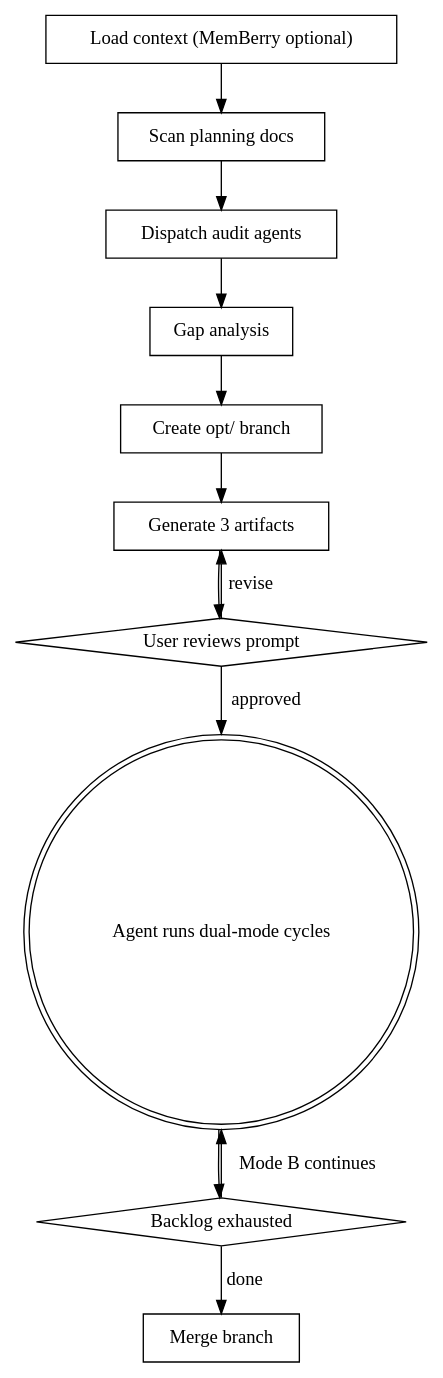
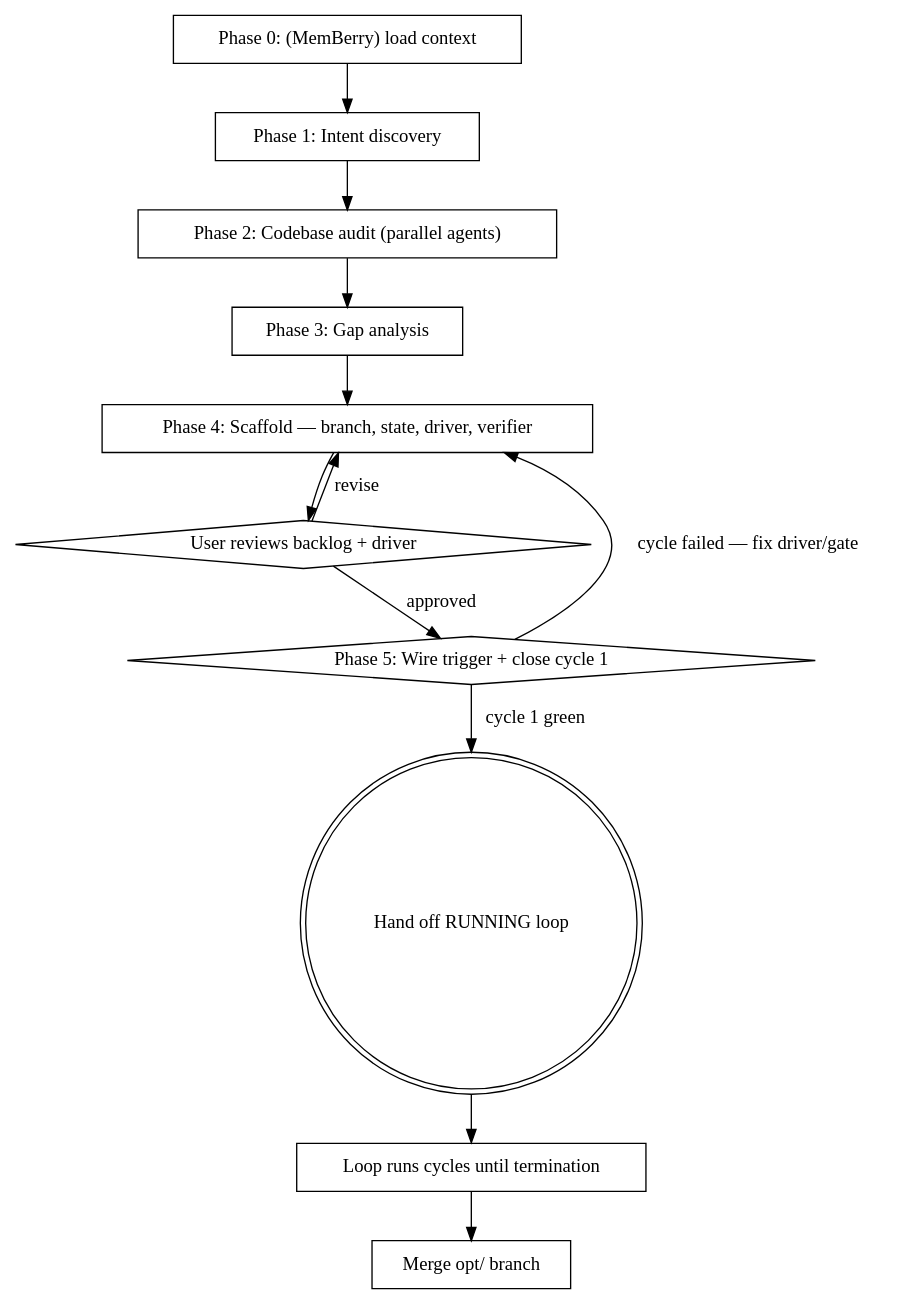
Before and after one commit to AP3X-Dev/skill-jar: the diagram in building-optimization-loops/SKILL.md, drawn with Graphviz. The commit also changed other lines of this file and 4 other files, not shown here.

````diff
--- a/building-optimization-loops/SKILL.md
+++ b/building-optimization-loops/SKILL.md
@@ -81,26 +66,26 @@
 ```dot
 digraph optimization_loop {
-    "Load context (MemBerry optional)" [shape=box];
-    "Scan planning docs" [shape=box];
-    "Dispatch audit agents" [shape=box];
-    "Gap analysis" [shape=box];
-    "Create opt/ branch" [shape=box];
-    "Generate 3 artifacts" [shape=box];
-    "User reviews prompt" [shape=diamond];
-    "Agent runs dual-mode cycles" [shape=doublecircle];
-    "Backlog exhausted" [shape=diamond];
-    "Merge branch" [shape=box];
+    "Phase 0: (MemBerry) load context" [shape=box];
+    "Phase 1: Intent discovery" [shape=box];
+    "Phase 2: Codebase audit (parallel agents)" [shape=box];
+    "Phase 3: Gap analysis" [shape=box];
+    "Phase 4: Scaffold — branch, state, driver, verifier" [shape=box];
+    "User reviews backlog + driver" [shape=diamond];
+    "Phase 5: Wire trigger + close cycle 1" [shape=diamond];
+    "Hand off RUNNING loop" [shape=doublecircle];
+    "Loop runs cycles until termination" [shape=box];
+    "Merge opt/ branch" [shape=box];
 
-    "Load context (MemBerry optional)" -> "Scan planning docs";
-    "Scan planning docs" -> "Dispatch audit agents";
-    "Dispatch audit agents" -> "Gap analysis";
-    "Gap analysis" -> "Create opt/ branch";
-    "Create opt/ branch" -> "Generate 3 artifacts";
-    "Generate 3 artifacts" -> "User reviews prompt";
-    "User reviews prompt" -> "Generate 3 artifacts" [label="revise"];
-    "User reviews prompt" -> "Agent runs dual-mode cycles" [label="approved"];
-    "Agent runs dual-mode cycles" -> "Backlog exhausted";
-    "Backlog exhausted" -> "Agent runs dual-mode cycles" [label="Mode B continues"];
-    "Backlog exhausted" -> "Merge branch" [label="done"];
+    "Phase 0: (MemBerry) load context" -> "Phase 1: Intent discovery";
+    "Phase 1: Intent discovery" -> "Phase 2: Codebase audit (parallel agents)";
+    "Phase 2: Codebase audit (parallel agents)" -> "Phase 3: Gap analysis";
+    "Phase 3: Gap analysis" -> "Phase 4: Scaffold — branch, state, driver, verifier";
+    "Phase 4: Scaffold — branch, state, driver, verifier" -> "User reviews backlog + driver";
+    "User reviews backlog + driver" -> "Phase 4: Scaffold — branch, state, driver, verifier" [label="revise"];
+    "User reviews backlog + driver" -> "Phase 5: Wire trigger + close cycle 1" [label="approved"];
+    "Phase 5: Wire trigger + close cycle 1" -> "Phase 4: Scaffold — branch, state, driver, verifier" [label="cycle failed — fix driver/gate"];
+    "Phase 5: Wire trigger + close cycle 1" -> "Hand off RUNNING loop" [label="cycle 1 green"];
+    "Hand off RUNNING loop" -> "Loop runs cycles until termination";
+    "Loop runs cycles until termination" -> "Merge opt/ branch";
 }
 ```
````
